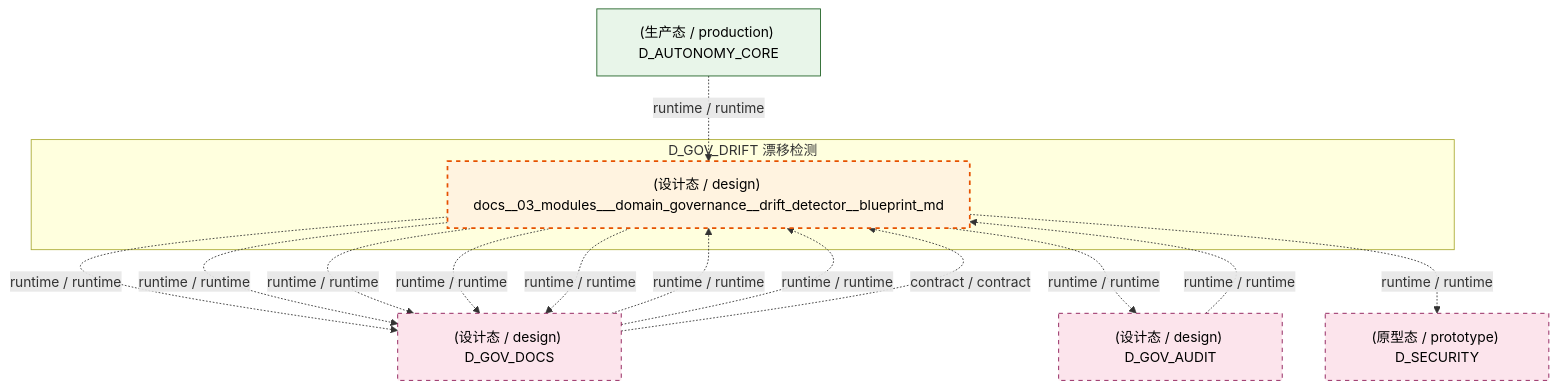
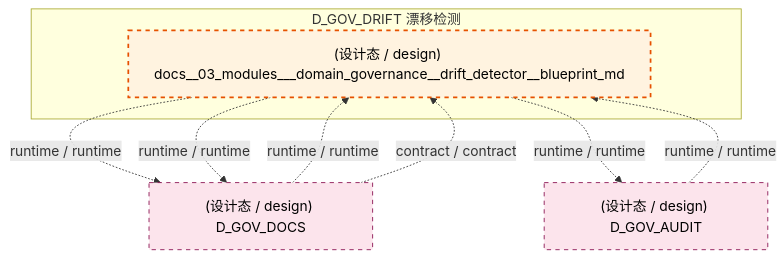
Before and after one commit to xuanFelixVan/ZephyrAlpha: the fifth of 7 diagrams in docs/02_enterprise_architecture/02_domain_architecture_docs/41_d_gov_drift.md, drawn with Mermaid. The commit also changed other lines of this file and 105 other files, not shown here.

````diff
--- a/docs/02_enterprise_architecture/02_domain_architecture_docs/41_d_gov_drift.md
+++ b/docs/02_enterprise_architecture/02_domain_architecture_docs/41_d_gov_drift.md
@@ -537,29 +386,20 @@
 ```mermaid
 graph TD
     subgraph D_GOV_DRIFT["D_GOV_DRIFT 漂移检测"]
         docs_03_modules_domain_governance_drift_detector_blueprint_md["(设计态 / design) docs__03_modules___domain_governance__drift_detector__blueprint_md"]
     end
     D_GOV_DOCS["(设计态 / design) D_GOV_DOCS"]
     docs_03_modules_domain_governance_drift_detector_blueprint_md -.->|runtime / runtime| D_GOV_DOCS
-    docs_03_modules_domain_governance_drift_detector_blueprint_md -.->|runtime / runtime| D_GOV_DOCS
     D_GOV_AUDIT["(设计态 / design) D_GOV_AUDIT"]
     docs_03_modules_domain_governance_drift_detector_blueprint_md -.->|runtime / runtime| D_GOV_AUDIT
-    D_SECURITY["(原型态 / prototype) D_SECURITY"]
-    docs_03_modules_domain_governance_drift_detector_blueprint_md -.->|runtime / runtime| D_SECURITY
-    docs_03_modules_domain_governance_drift_detector_blueprint_md -.->|runtime / runtime| D_GOV_DOCS
-    docs_03_modules_domain_governance_drift_detector_blueprint_md -.->|runtime / runtime| D_GOV_DOCS
     docs_03_modules_domain_governance_drift_detector_blueprint_md -.->|runtime / runtime| D_GOV_DOCS
     D_GOV_AUDIT -.->|runtime / runtime| docs_03_modules_domain_governance_drift_detector_blueprint_md
     D_GOV_DOCS -.->|runtime / runtime| docs_03_modules_domain_governance_drift_detector_blueprint_md
-    D_GOV_DOCS -.->|runtime / runtime| docs_03_modules_domain_governance_drift_detector_blueprint_md
     D_GOV_DOCS -.->|contract / contract| docs_03_modules_domain_governance_drift_detector_blueprint_md
-    D_AUTONOMY_CORE["(生产态 / production) D_AUTONOMY_CORE"]
-    D_AUTONOMY_CORE -.->|runtime / runtime| docs_03_modules_domain_governance_drift_detector_blueprint_md
     classDef production fill:#e1f5fe,stroke:#01579b,stroke-width:2px,color:#000
     classDef design fill:#fff3e0,stroke:#e65100,stroke-width:2px,color:#000,stroke-dasharray: 5 5
     classDef external_prod fill:#e8f5e9,stroke:#1b5e20,stroke-width:1px,color:#000
     classDef external_design fill:#fce4ec,stroke:#880e4f,stroke-width:1px,color:#000,stroke-dasharray: 5 5
     class docs_03_modules_domain_governance_drift_detector_blueprint_md design
-    class D_AUTONOMY_CORE external_prod
-    class D_GOV_DOCS,D_GOV_AUDIT,D_SECURITY external_design
+    class D_GOV_DOCS,D_GOV_AUDIT external_design
 ```
````
